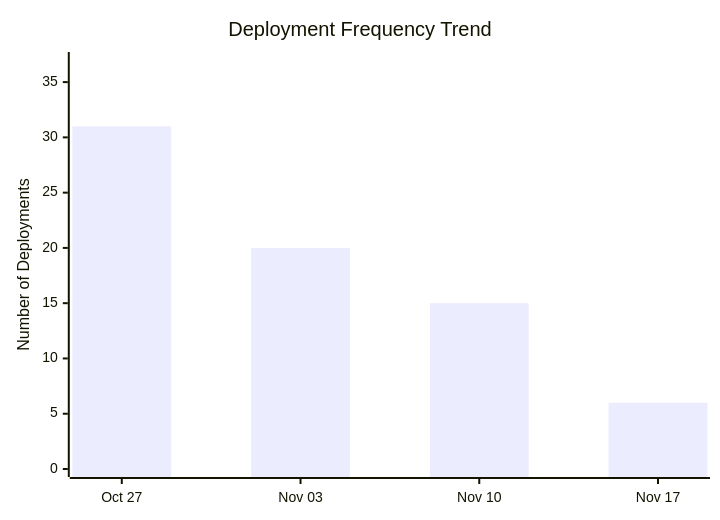
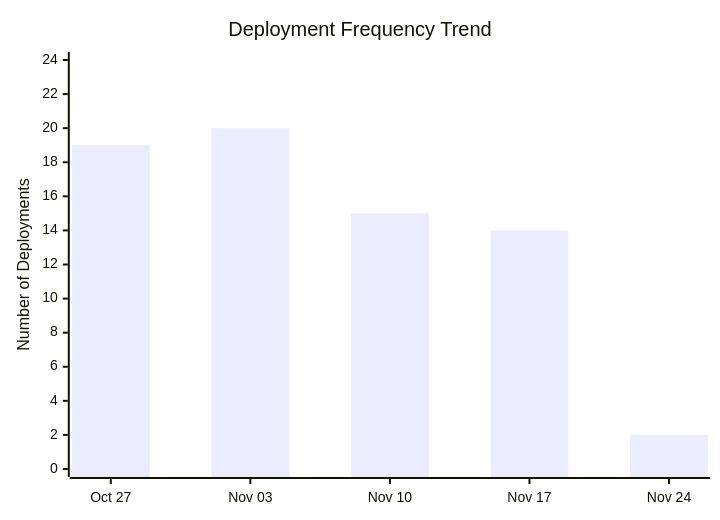
One commit to ukma-cs-ssdm-2025/rate-ukma changed the third of 4 diagrams in docs/ci-cd/dora-summary.md. Above: the diagram before and after it, drawn with Mermaid. The commit also changed other lines of this file, not shown here.

````diff
--- a/docs/ci-cd/dora-summary.md
+++ b/docs/ci-cd/dora-summary.md
@@ -48,7 +48,7 @@
 ```mermaid
 xychart-beta
     title "Deployment Frequency Trend"
-    x-axis ["Oct 27", "Nov 03", "Nov 10", "Nov 17"]
-    y-axis "Number of Deployments" 0 --> 37
-    bar [31.00, 20.00, 15.00, 6.00]
+    x-axis ["Oct 27", "Nov 03", "Nov 10", "Nov 17", "Nov 24"]
+    y-axis "Number of Deployments" 0 --> 24
+    bar [19.00, 20.00, 15.00, 14.00, 2.00]
 ```
````
